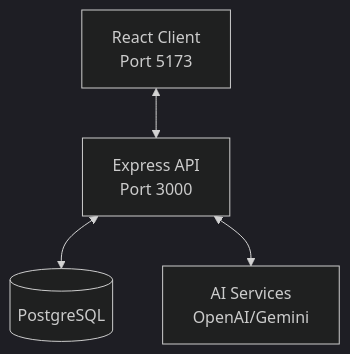
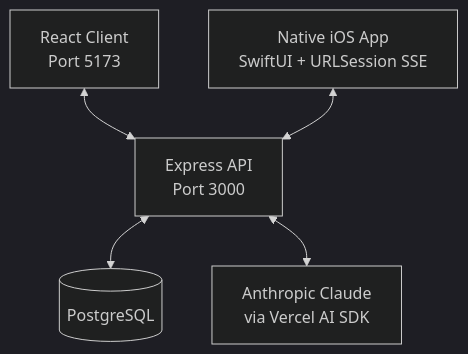
Before and after one commit to akshaydotsharma/Dexter: the diagram in ARCHITECTURE.md, drawn with Mermaid (dark theme). The commit also changed other lines of this file and 6 other files, not shown here.

````diff
--- a/ARCHITECTURE.md
+++ b/ARCHITECTURE.md
@@ -15,6 +16,7 @@
 ```mermaid
 graph TD
-    Client[React Client<br/>Port 5173] <--> API[Express API<br/>Port 3000]
+    Web[React Client<br/>Port 5173] <--> API[Express API<br/>Port 3000]
+    iOS[Native iOS App<br/>SwiftUI + URLSession SSE] <--> API
     API <--> DB[(PostgreSQL)]
-    API <--> AI[AI Services<br/>OpenAI/Gemini]
+    API <--> AI[Anthropic Claude<br/>via Vercel AI SDK]
 ```
````
